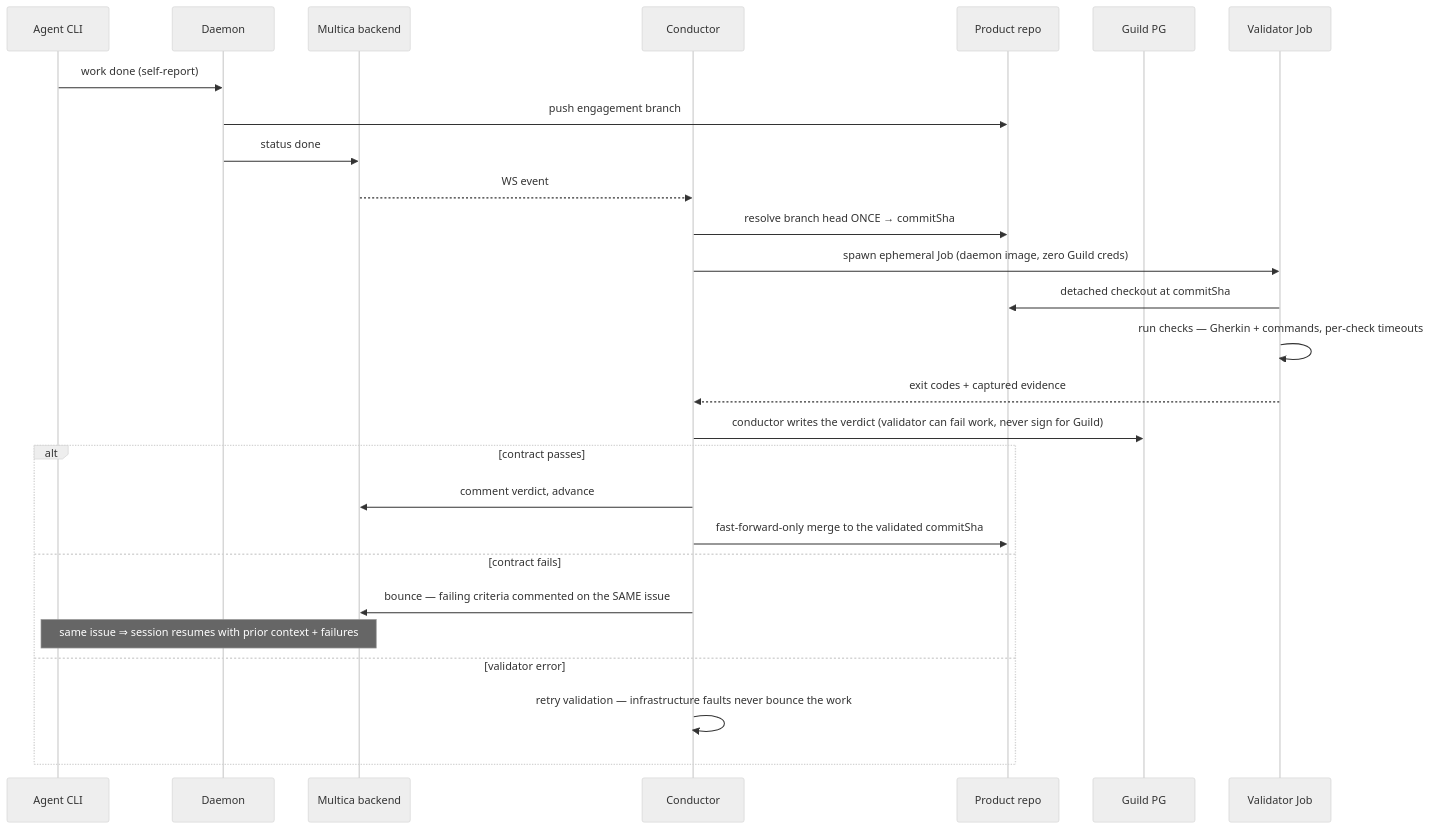
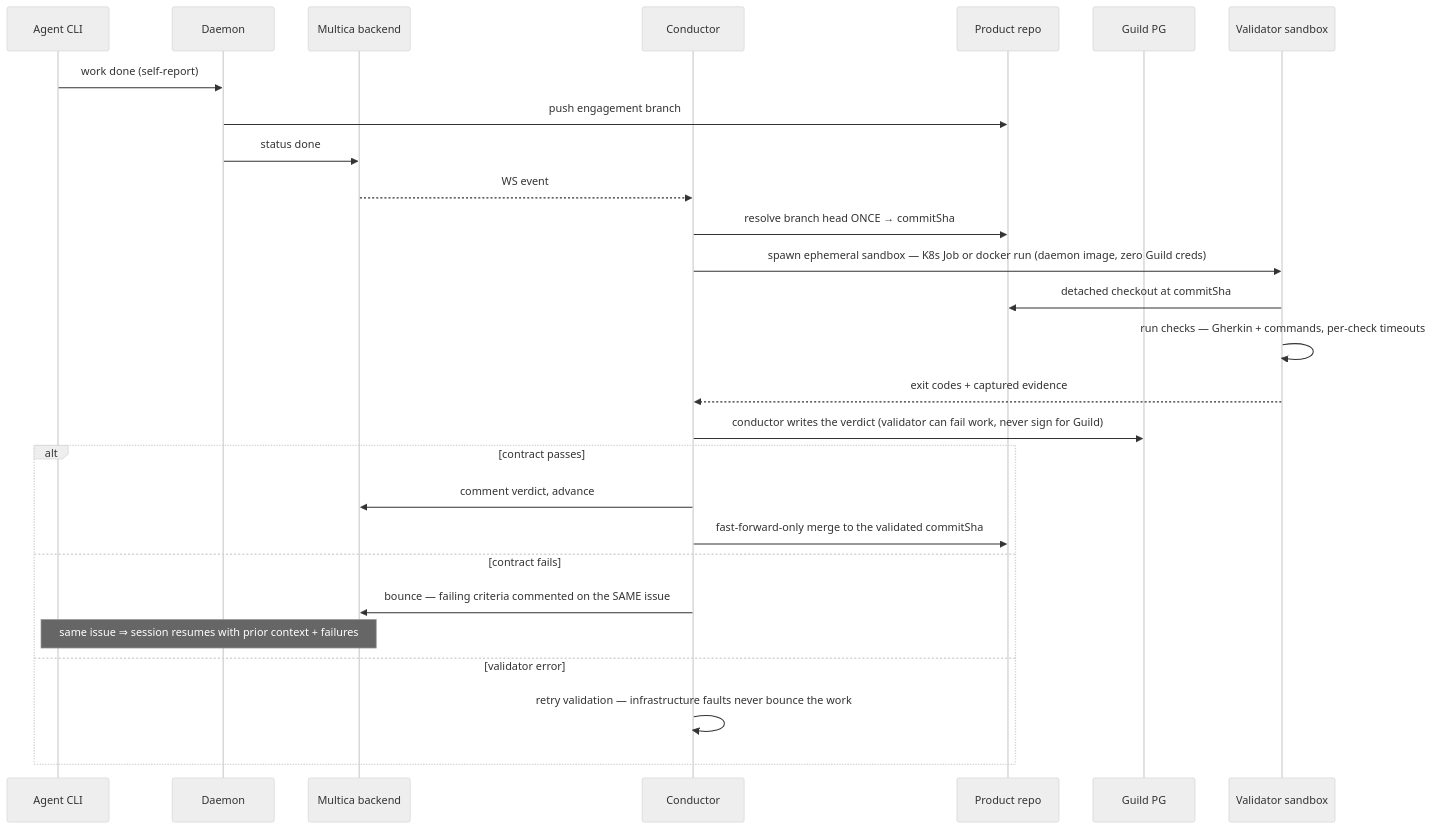
Before and after one commit to maacarbo/guild: the seventh of 8 diagrams in docs/OVERVIEW.md, drawn with Mermaid (neutral theme). The commit also changed other lines of this file and 3 other files, not shown here.

````diff
--- a/docs/OVERVIEW.md
+++ b/docs/OVERVIEW.md
@@ -192,29 +192,29 @@
 ```mermaid
 sequenceDiagram
     participant CLIs as Agent CLI
     participant DM as Daemon
     participant BE as Multica backend
     participant C as Conductor
     participant R as Product repo
     participant G as Guild PG
-    participant V as Validator Job
+    participant V as Validator sandbox
     CLIs->>DM: work done (self-report)
     DM->>R: push engagement branch
     DM->>BE: status done
     BE-->>C: WS event
     C->>R: resolve branch head ONCE → commitSha
-    C->>V: spawn ephemeral Job (daemon image, zero Guild creds)
+    C->>V: spawn ephemeral sandbox — K8s Job or docker run (daemon image, zero Guild creds)
     V->>R: detached checkout at commitSha
     V->>V: run checks — Gherkin + commands, per-check timeouts
     V-->>C: exit codes + captured evidence
     C->>G: conductor writes the verdict (validator can fail work, never sign for Guild)
     alt contract passes
         C->>BE: comment verdict, advance
         C->>R: fast-forward-only merge to the validated commitSha
     else contract fails
         C->>BE: bounce — failing criteria commented on the SAME issue
         Note over BE,CLIs: same issue ⇒ session resumes with prior context + failures
     else validator error
         C->>C: retry validation — infrastructure faults never bounce the work
     end
 ```
````
